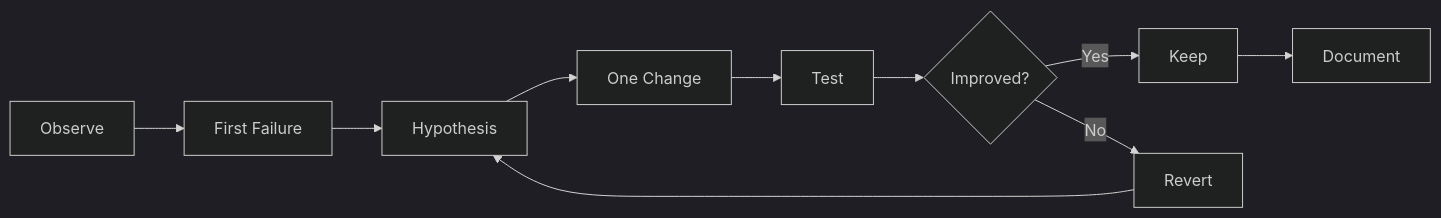
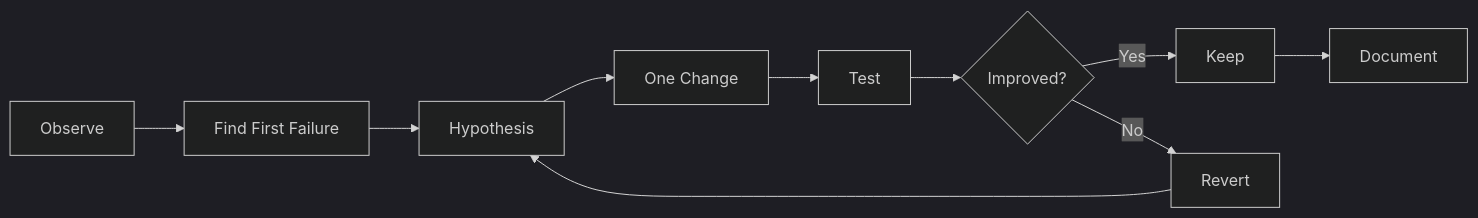
The fifth of 5 diagrams in README.md (Piolintech123/WRO2026-FE-PiolinTech), drawn with Mermaid (dark theme) before and after one commit. The commit also changed other lines of this file, not shown here.

````diff
--- a/README.md
+++ b/README.md
@@ -665,12 +1132,12 @@
 ```mermaid
 flowchart LR
-    O[Observe] --> F[First Failure]
+    O[Observe] --> F[Find First Failure]
     F --> H[Hypothesis]
     H --> C[One Change]
     C --> T[Test]
     T --> D{Improved?}
     D -- Yes --> K[Keep]
     D -- No --> R[Revert]
     K --> DOC[Document]
     R --> H
 ```
````
